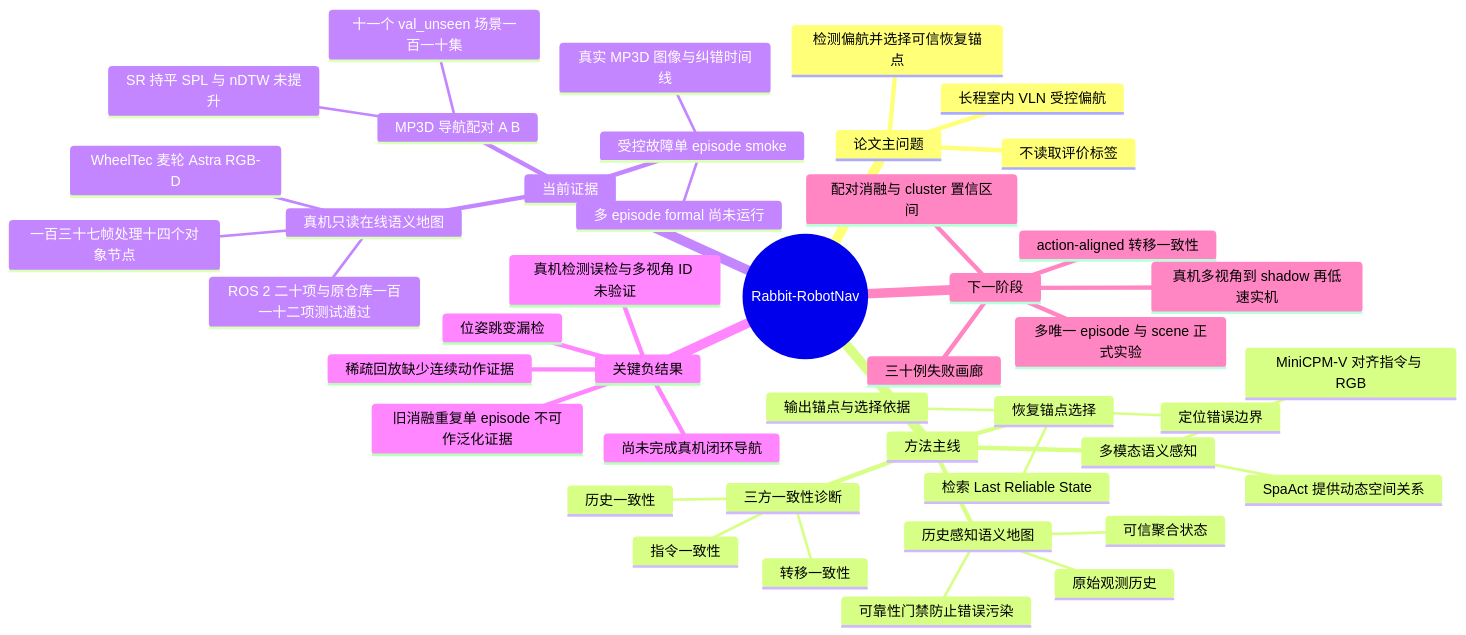
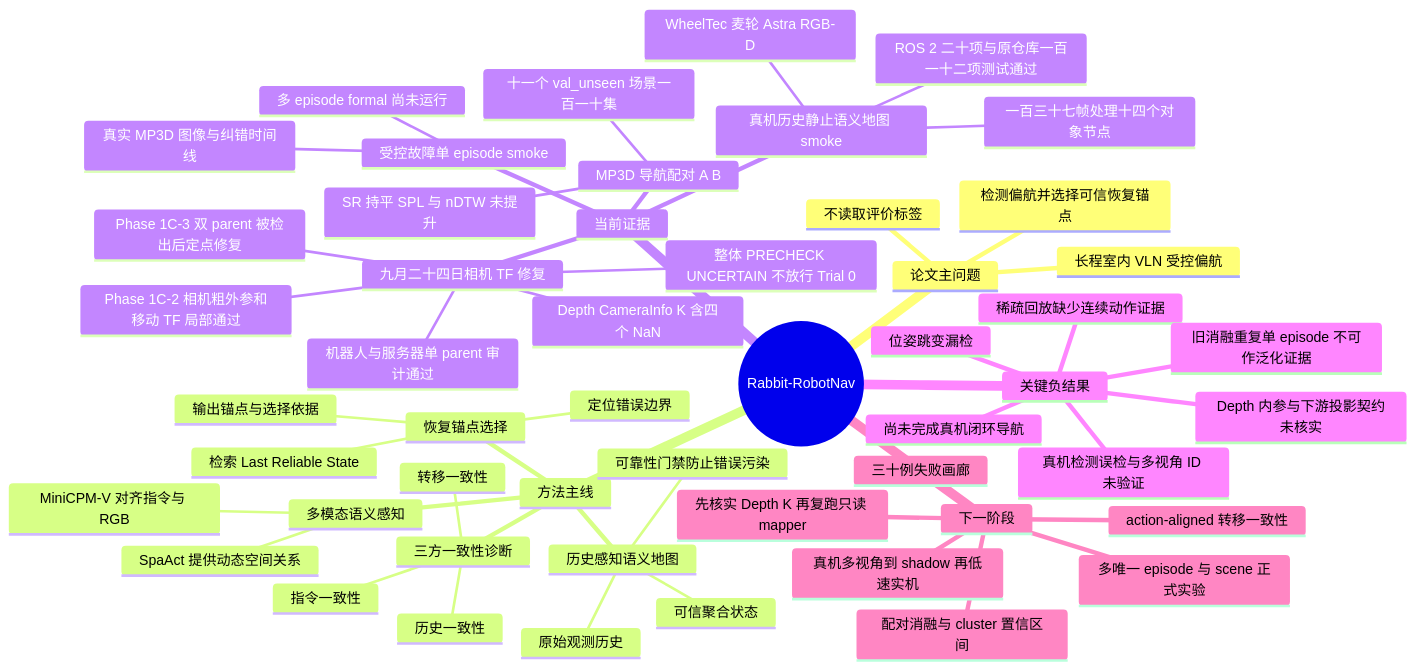
Before and after one commit to lijinghai/lijinghai.github.io: the diagram in RabbitRobotNav/research-mindmap.mmd, drawn with Mermaid. The commit also changed 16 other files, not shown here.

First line of the commit message:
更新RabbitRobotNav论文页的五场景证据与真机相机准入图片

```diff
--- a/RabbitRobotNav/research-mindmap.mmd
+++ b/RabbitRobotNav/research-mindmap.mmd
@@ -1,45 +1,53 @@
 mindmap
   root((Rabbit-RobotNav))
     论文主问题
       长程室内 VLN 受控偏航
       不读取评价标签
       检测偏航并选择可信恢复锚点
     方法主线
       多模态语义感知
         MiniCPM-V 对齐指令与 RGB
         SpaAct 提供动态空间关系
       历史感知语义地图
         原始观测历史
         可信聚合状态
         可靠性门禁防止错误污染
       三方一致性诊断
         指令一致性
         历史一致性
         转移一致性
       恢复锚点选择
         定位错误边界
         检索 Last Reliable State
         输出锚点与选择依据
     当前证据
       MP3D 导航配对 A B
         十一个 val_unseen 场景一百一十集
         SR 持平 SPL 与 nDTW 未提升
       受控故障单 episode smoke
         真实 MP3D 图像与纠错时间线
         多 episode formal 尚未运行
-      真机只读在线语义地图
+      真机历史静止语义地图 smoke
         WheelTec 麦轮 Astra RGB-D
         一百三十七帧处理十四个对象节点
         ROS 2 二十项与原仓库一百一十二项测试通过
+      九月二十四日相机 TF 修复
+        Phase 1C-2 相机粗外参和移动 TF 局部通过
+        Phase 1C-3 双 parent 被检出后定点修复
+        机器人与服务器单 parent 审计通过
+        Depth CameraInfo K 含四个 NaN
+        整体 PRECHECK UNCERTAIN 不放行 Trial 0
     关键负结果
       位姿跳变漏检
       稀疏回放缺少连续动作证据
       旧消融重复单 episode 不可作泛化证据
       真机检测误检与多视角 ID 未验证
+      Depth 内参与下游投影契约未核实
       尚未完成真机闭环导航
     下一阶段
       多唯一 episode 与 scene 正式实验
       配对消融与 cluster 置信区间
       三十例失败画廊
       action-aligned 转移一致性
+      先核实 Depth K 再复跑只读 mapper
       真机多视角到 shadow 再低速实机
```
